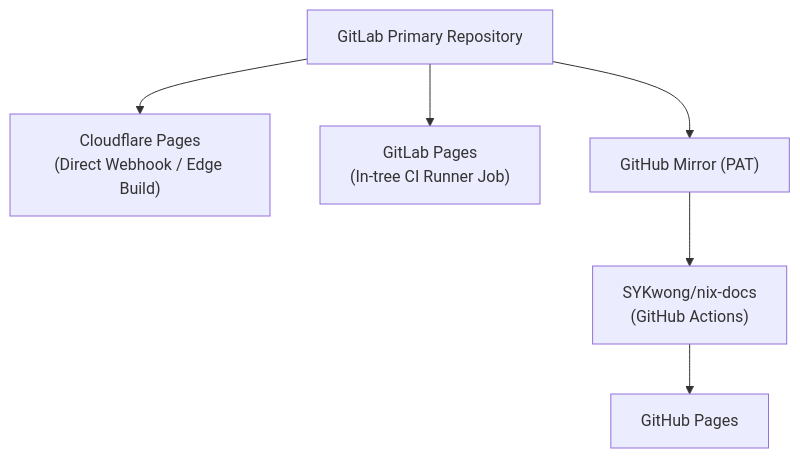
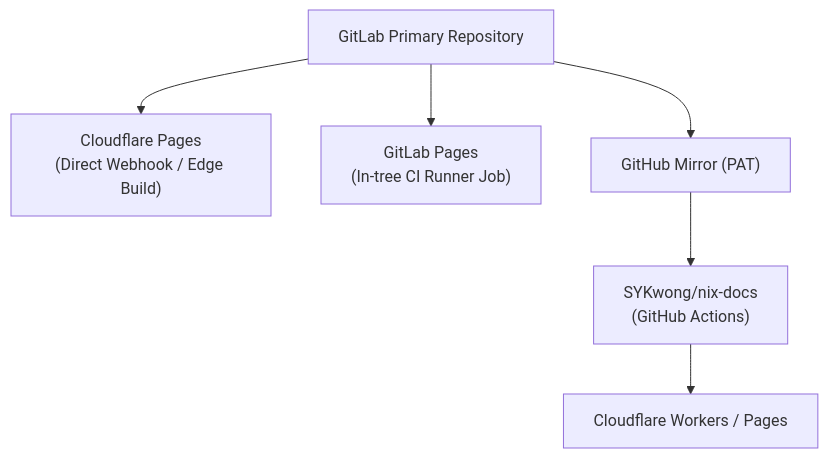
Before and after one commit to SYKwong/nix-docs: the second of 2 diagrams in src/content/docs/nix-config/split-ci.md, drawn with Mermaid. The commit also changed other lines of this file and 2 other files, not shown here.

````diff
--- a/src/content/docs/nix-config/split-ci.md
+++ b/src/content/docs/nix-config/split-ci.md
@@ -174,6 +172,6 @@
 ```mermaid
 flowchart TD
     gitlab["GitLab Primary Repository"] --> cf["Cloudflare Pages<br/>(Direct Webhook / Edge Build)"]
     gitlab --> pages["GitLab Pages<br/>(In-tree CI Runner Job)"]
-    gitlab --> gh_mirror["GitHub Mirror (PAT)"] --> gha["SYKwong/nix-docs<br/>(GitHub Actions)"] --> gh_pages["GitHub Pages"]
+    gitlab --> gh_mirror["GitHub Mirror (PAT)"] --> gha["SYKwong/nix-docs<br/>(GitHub Actions)"] --> cf_workers["Cloudflare Workers / Pages"]
 ```
````
